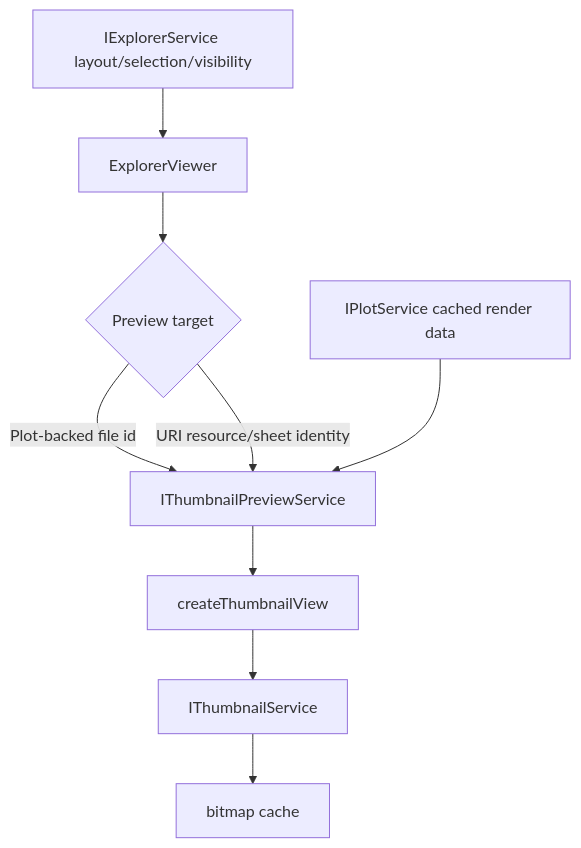
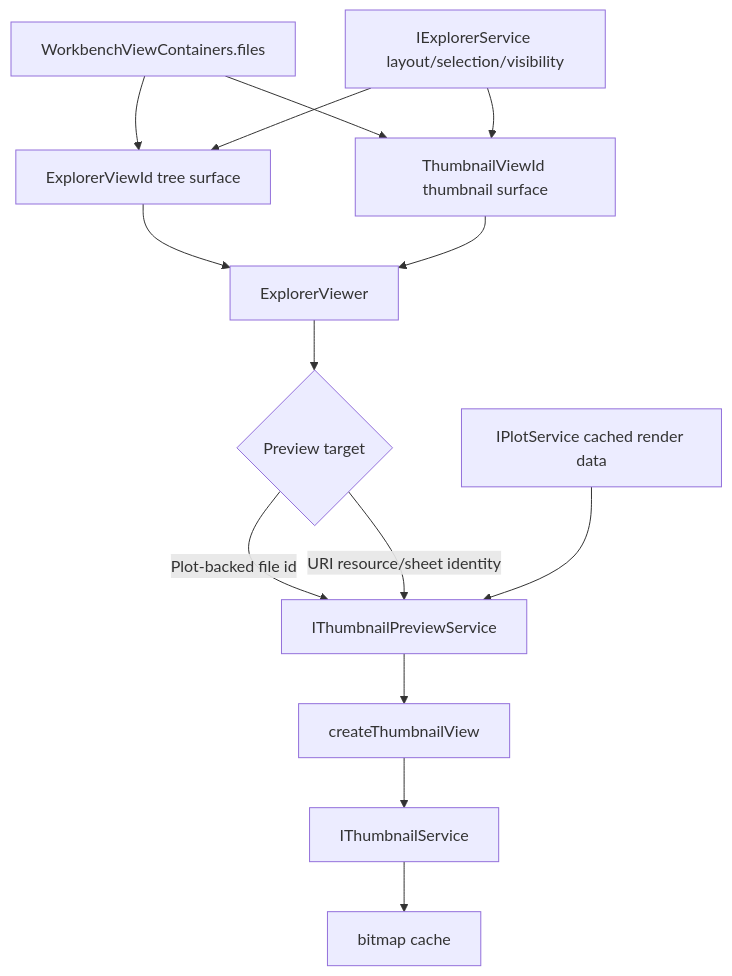
Before and after one commit to chogng/conductor: the diagram in .github/instructions/thumbnail.instructions.md, drawn with Mermaid. The commit also changed other lines of this file and 31 other files, not shown here.

````diff
--- a/.github/instructions/thumbnail.instructions.md
+++ b/.github/instructions/thumbnail.instructions.md
@@ -75,11 +85,16 @@
 ```mermaid
 flowchart TD
-    ExplorerService[IExplorerService layout/selection/visibility] --> ExplorerViewer[ExplorerViewer]
+    WorkbenchFilesContainer[WorkbenchViewContainers.files] --> ExplorerSurface[ExplorerViewId tree surface]
+    WorkbenchFilesContainer --> ThumbnailSurface[ThumbnailViewId thumbnail surface]
+    ExplorerService[IExplorerService layout/selection/visibility] --> ExplorerSurface
+    ExplorerService --> ThumbnailSurface
+    ExplorerSurface --> ExplorerViewer[ExplorerViewer]
+    ThumbnailSurface --> ExplorerViewer
     ExplorerViewer --> PreviewTarget{Preview target}
     PreviewTarget -->|Plot-backed file id| ThumbnailPreviewService[IThumbnailPreviewService]
     PreviewTarget -->|URI resource/sheet identity| ThumbnailPreviewService
     Plot[IPlotService cached render data] --> ThumbnailPreviewService
     ThumbnailPreviewService --> ThumbnailView[createThumbnailView]
     ThumbnailView --> ThumbnailService[IThumbnailService]
     ThumbnailService --> Cache[bitmap cache]
 ```
````
